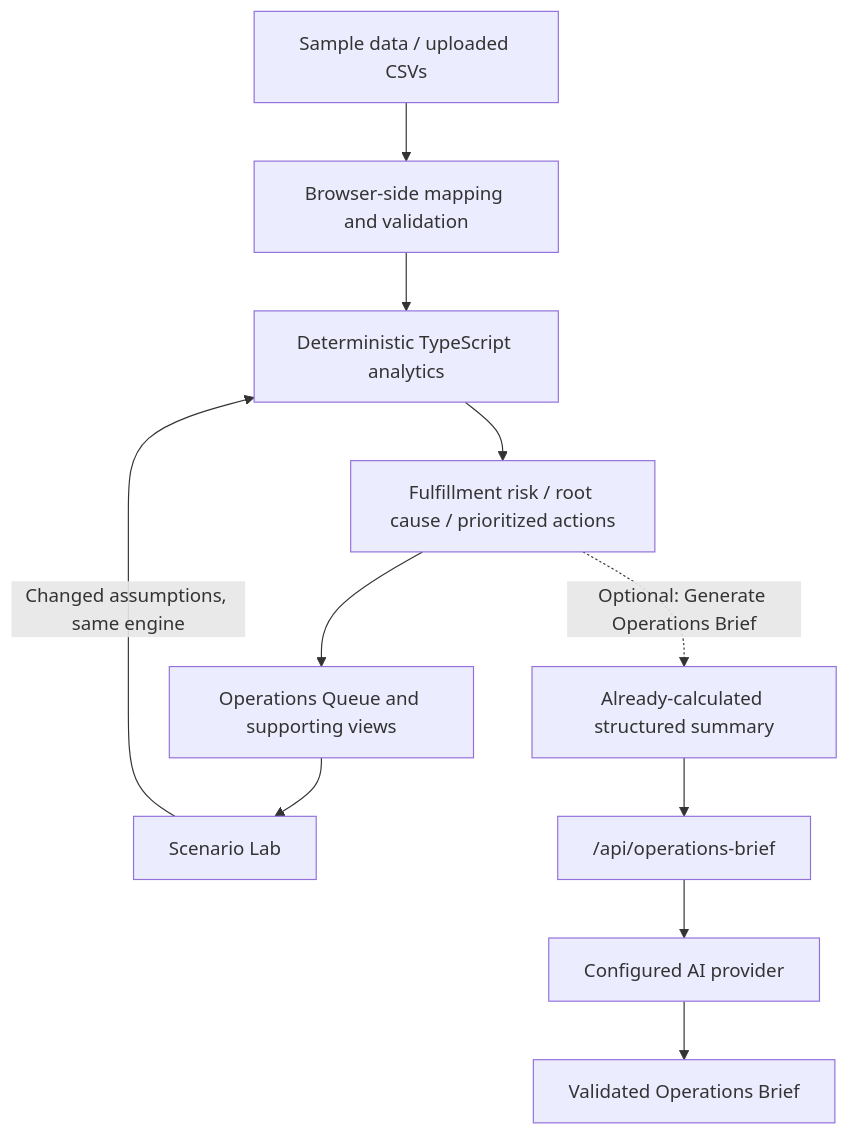
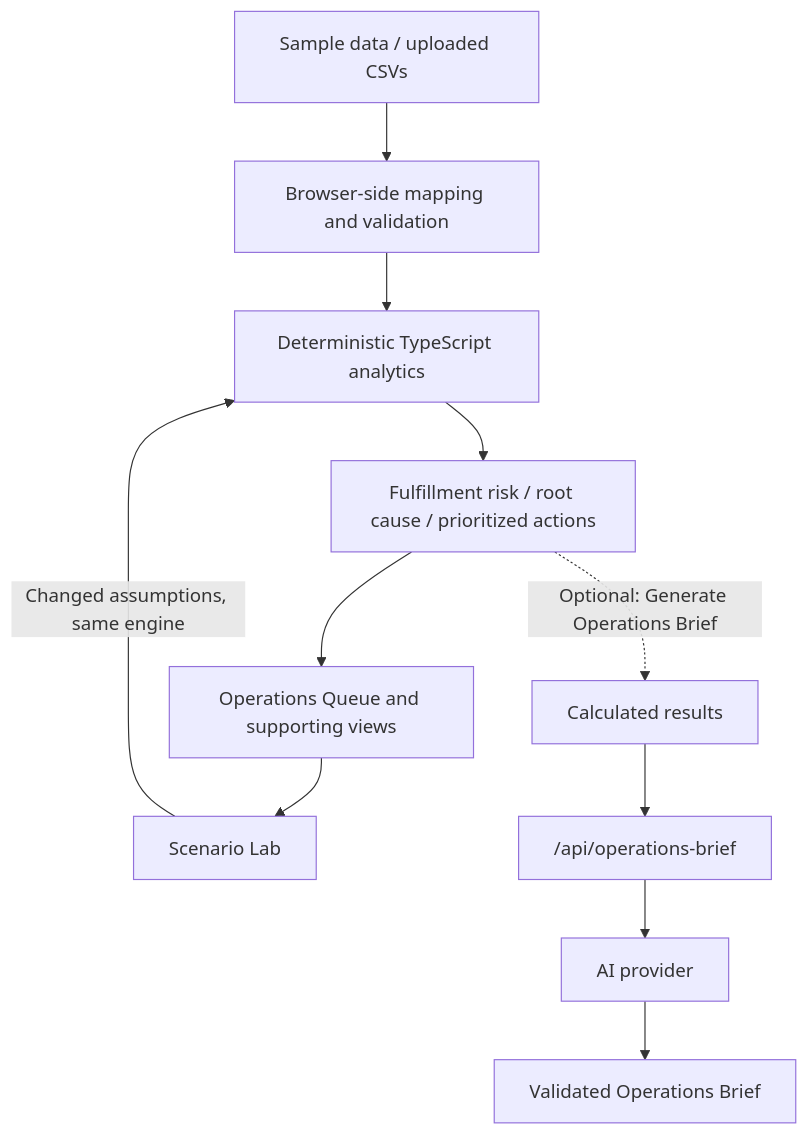
The diagram in README.md (esmailshahid-hue/freight-marketplace-fulfillment-intelligence), drawn with Mermaid before and after one commit. The commit also changed other lines of this file and 1 other file, not shown here.

````diff
--- a/README.md
+++ b/README.md
@@ -31,13 +31,13 @@
 ```mermaid
 flowchart TD
   data["Sample data / uploaded CSVs"] --> validation["Browser-side mapping and validation"]
   validation --> engine["Deterministic TypeScript analytics"]
   engine --> results["Fulfillment risk / root cause / prioritized actions"]
   results --> views["Operations Queue and supporting views"]
   views --> scenarios["Scenario Lab"]
   scenarios -->|Changed assumptions, same engine| engine
-  results -.->|Optional: Generate Operations Brief| summary["Already-calculated structured summary"]
+  results -.->|Optional: Generate Operations Brief| summary["Calculated results"]
   summary --> api["/api/operations-brief"]
-  api --> provider["Configured AI provider"]
+  api --> provider["AI provider"]
   provider --> brief["Validated Operations Brief"]
 ```
````
